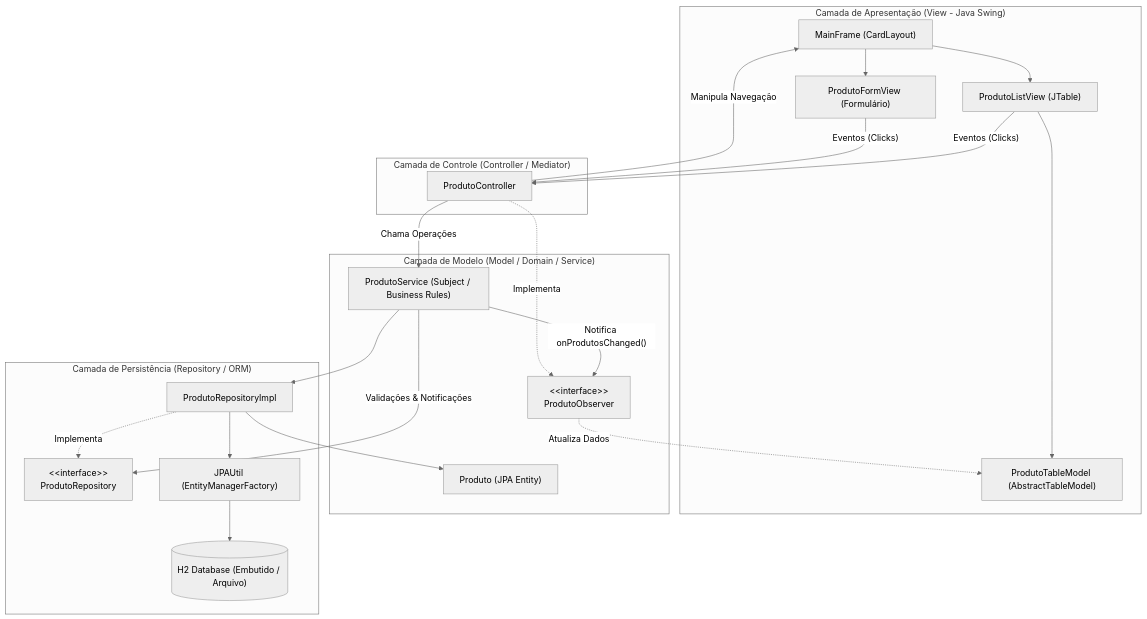
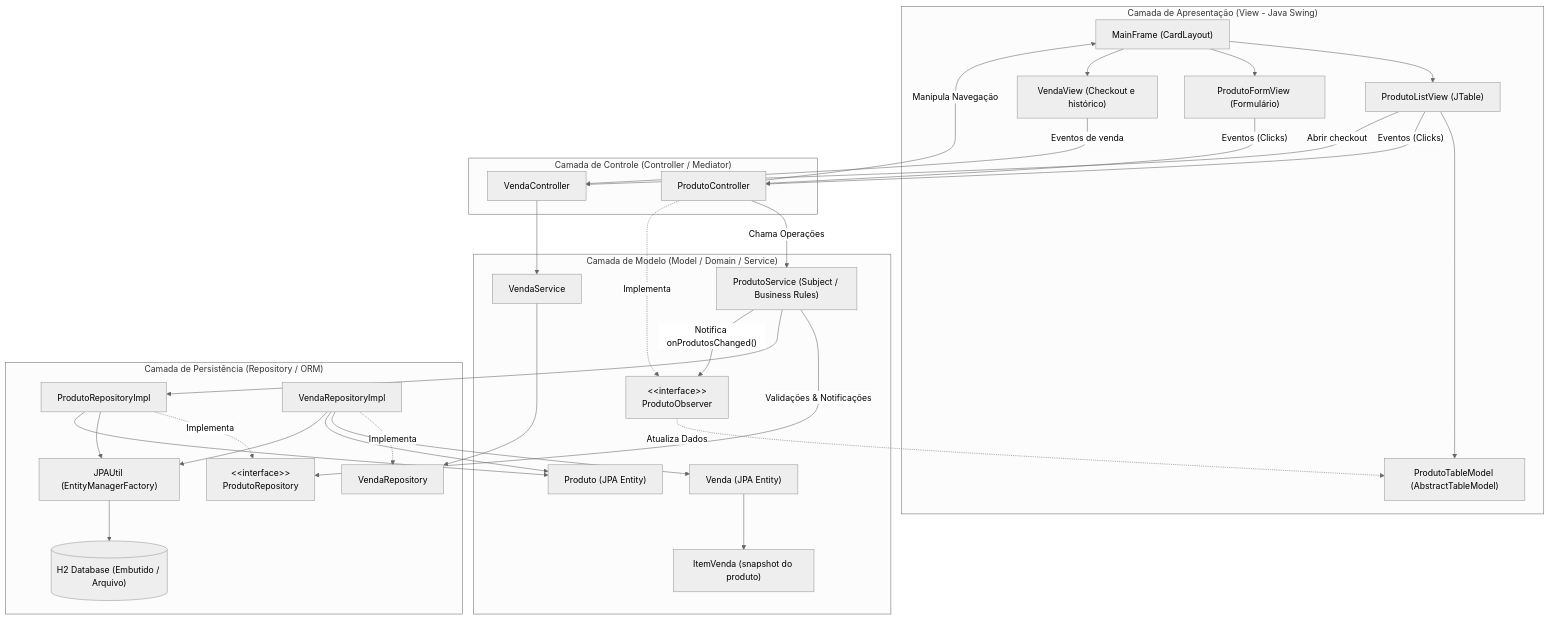
The first of 4 diagrams in README.md (ViniciuspSouza23/PDV-projeto-final-Backend), drawn with Mermaid (neutral theme) before and after one commit. The commit also changed other lines of this file and 13 other files, not shown here.

````diff
--- a/README.md
+++ b/README.md
@@ -69,44 +70,61 @@
 ```mermaid
 graph TD
     subgraph UI_Layer ["Camada de Apresentação (View - Java Swing)"]
         MF["MainFrame (CardLayout)"]
         LV["ProdutoListView (JTable)"]
         FV["ProdutoFormView (Formulário)"]
+        VV["VendaView (Checkout e histórico)"]
         TM["ProdutoTableModel (AbstractTableModel)"]
         MF --> LV
         MF --> FV
+        MF --> VV
         LV --> TM
     end
 
     subgraph Controller_Layer ["Camada de Controle (Controller / Mediator)"]
         PC["ProdutoController"]
+        VC["VendaController"]
     end
 
     subgraph Model_Layer ["Camada de Modelo (Model / Domain / Service)"]
         PS["ProdutoService (Subject / Business Rules)"]
         PO["&lt;&lt;interface&gt;&gt;<br/>ProdutoObserver"]
         PE["Produto (JPA Entity)"]
+        VS["VendaService"]
+        VE["Venda (JPA Entity)"]
+        IVE["ItemVenda (snapshot do produto)"]
     end
 
     subgraph Persistence_Layer ["Camada de Persistência (Repository / ORM)"]
         PR["&lt;&lt;interface&gt;&gt;<br/>ProdutoRepository"]
         PRI["ProdutoRepositoryImpl"]
+        VR["VendaRepository"]
+        VRI["VendaRepositoryImpl"]
         JU["JPAUtil (EntityManagerFactory)"]
         H2[("H2 Database (Embutido / Arquivo)")]
     end
 
     %% Relações e Fluxos
     LV -- "Eventos (Clicks)" --> PC
     FV -- "Eventos (Clicks)" --> PC
+    LV -- "Abrir checkout" --> VC
+    VV -- "Eventos de venda" --> VC
     PC -- "Manipula Navegação" --> MF
     PC -- "Chama Operações" --> PS
     PS -- "Validações &amp; Notificações" --> PR
     PRI -. "Implementa" .-> PR
     PS --> PRI
     PS -- "Notifica onProdutosChanged()" --> PO
     PC -. "Implementa" .-> PO
     PO -. "Atualiza Dados" .-> TM
     PRI --> JU
     PRI --> PE
+    VC --> VS
+    VS --> VR
+    VRI -. "Implementa" .-> VR
+    VRI --> VE
+    VE --> IVE
+    VRI --> PE
+    VRI --> JU
     JU --> H2
 ```
````
